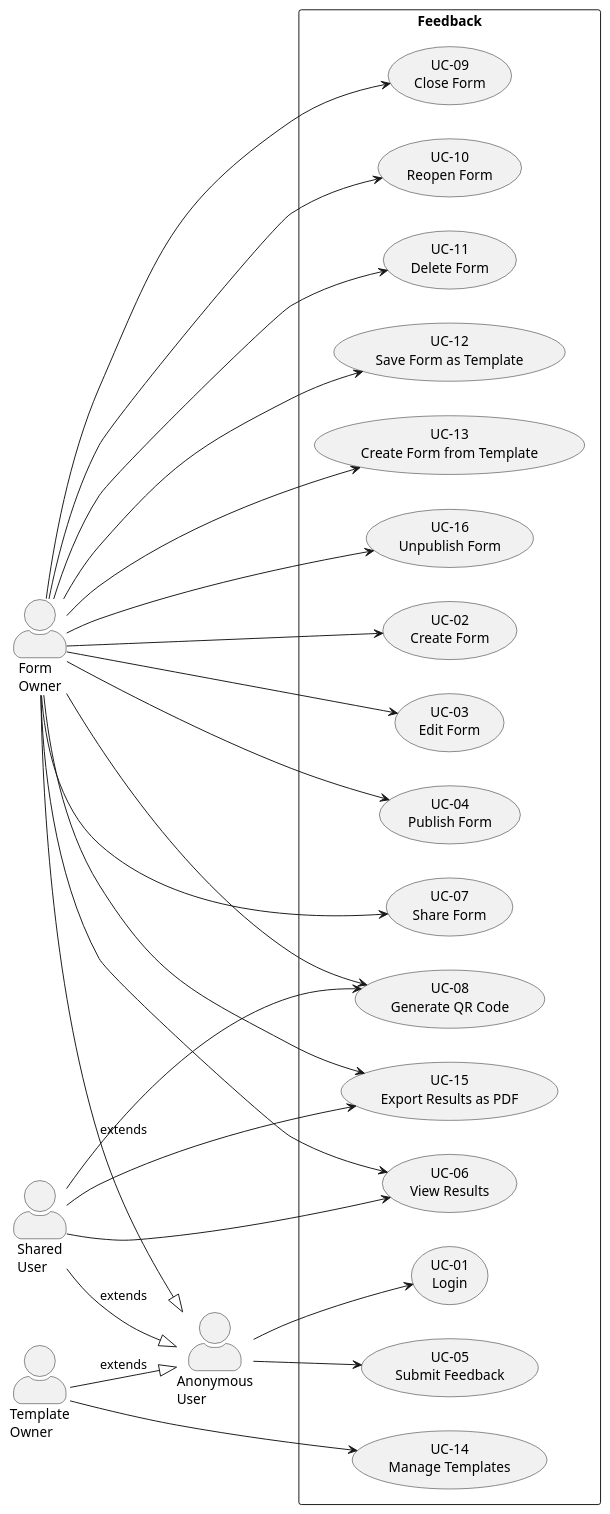
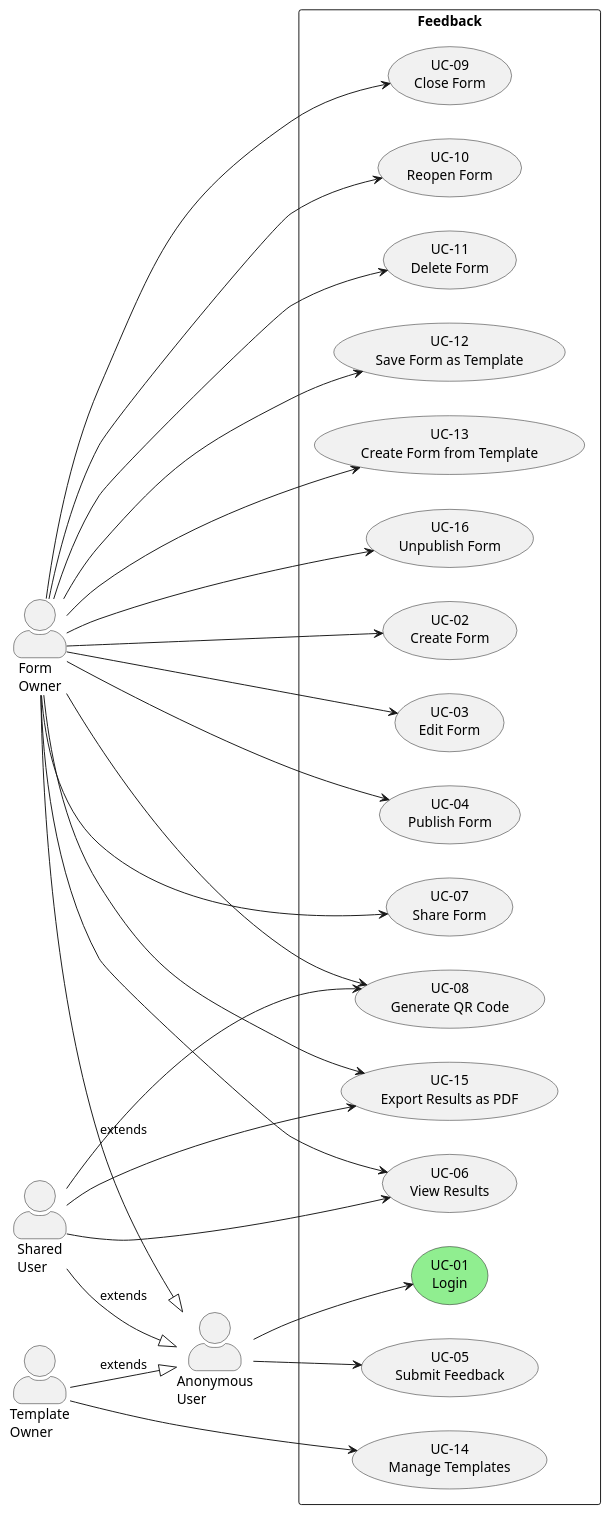
One commit to simasch/javaone-feedback changed the diagram in docs/use_cases/use_cases.puml. Above: the diagram before and after it, drawn with PlantUML. The commit also changed 1 other file, not shown here.

```diff
--- a/docs/use_cases/use_cases.puml
+++ b/docs/use_cases/use_cases.puml
@@ -1,56 +1,56 @@
 @startuml use_cases
 left to right direction
 skinparam actorStyle awesome
 skinparam packageStyle rectangle
 
 actor "Anonymous\nUser" as anon
 actor "Form\nOwner" as owner
 actor "Template\nOwner" as towner
 actor "Shared\nUser" as shared
 
 rectangle "Feedback" {
-    usecase "UC-01\nLogin" as UC01
+    usecase "UC-01\nLogin" as UC01 #90EE90
     usecase "UC-02\nCreate Form" as UC02
     usecase "UC-03\nEdit Form" as UC03
     usecase "UC-04\nPublish Form" as UC04
     usecase "UC-05\nSubmit Feedback" as UC05
     usecase "UC-06\nView Results" as UC06
     usecase "UC-07\nShare Form" as UC07
     usecase "UC-08\nGenerate QR Code" as UC08
     usecase "UC-09\nClose Form" as UC09
     usecase "UC-10\nReopen Form" as UC10
     usecase "UC-11\nDelete Form" as UC11
     usecase "UC-12\nSave Form as Template" as UC12
     usecase "UC-13\nCreate Form from Template" as UC13
     usecase "UC-14\nManage Templates" as UC14
     usecase "UC-15\nExport Results as PDF" as UC15
     usecase "UC-16\nUnpublish Form" as UC16
 }
 
 anon --> UC01
 anon --> UC05
 
 owner --> UC02
 owner --> UC03
 owner --> UC04
 owner --> UC06
 owner --> UC07
 owner --> UC08
 owner --> UC09
 owner --> UC10
 owner --> UC11
 owner --> UC12
 owner --> UC15
 owner --> UC16
 owner --> UC13
 
 towner --> UC14
 
 shared --> UC06
 shared --> UC08
 shared --> UC15
 
 owner --|> anon : extends
 shared --|> anon : extends
 towner --|> anon : extends
 @enduml
```
